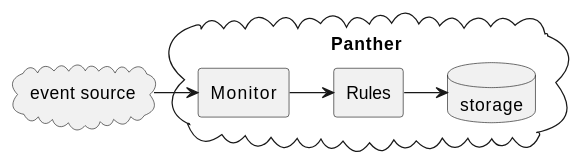
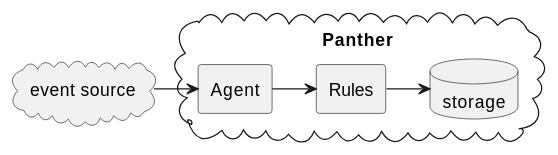
Before and after one commit to vinceoa/sample-docs: the first of 2 diagrams in panther/rules/index.md, drawn with PlantUML. The commit also changed other lines of this file and 43 other files, not shown here.

```diff
--- a/panther/rules/index.md
+++ b/panther/rules/index.md
@@ -22,13 +21,13 @@
 @startuml
 cloud "event source" as c1
 cloud "Panther" as pan {
-  agent "Monitor" as mon
+  agent "Agent" as mon
   agent "Rules" as rules
   database storage
 
 } 
 
 c1 -right-> mon
 mon -right-> rules
 rules -right-> storage
 @enduml
```
